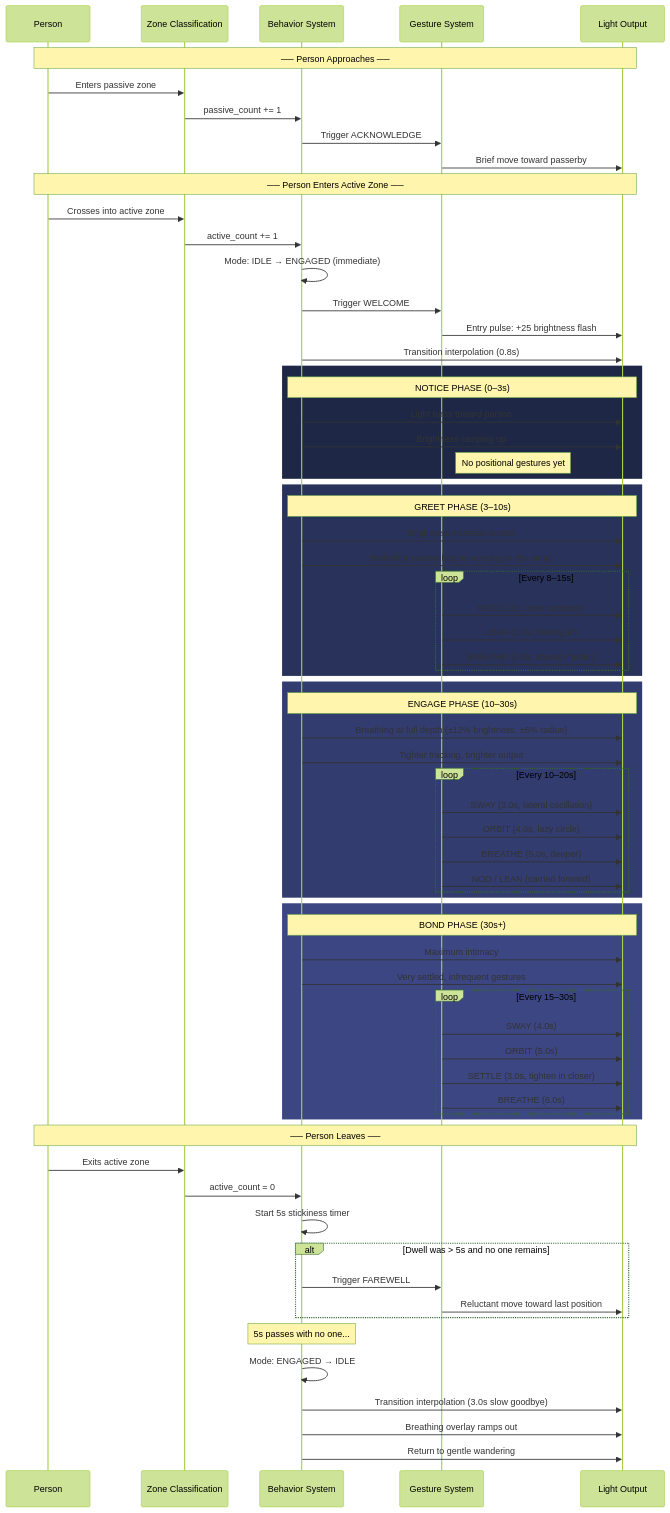
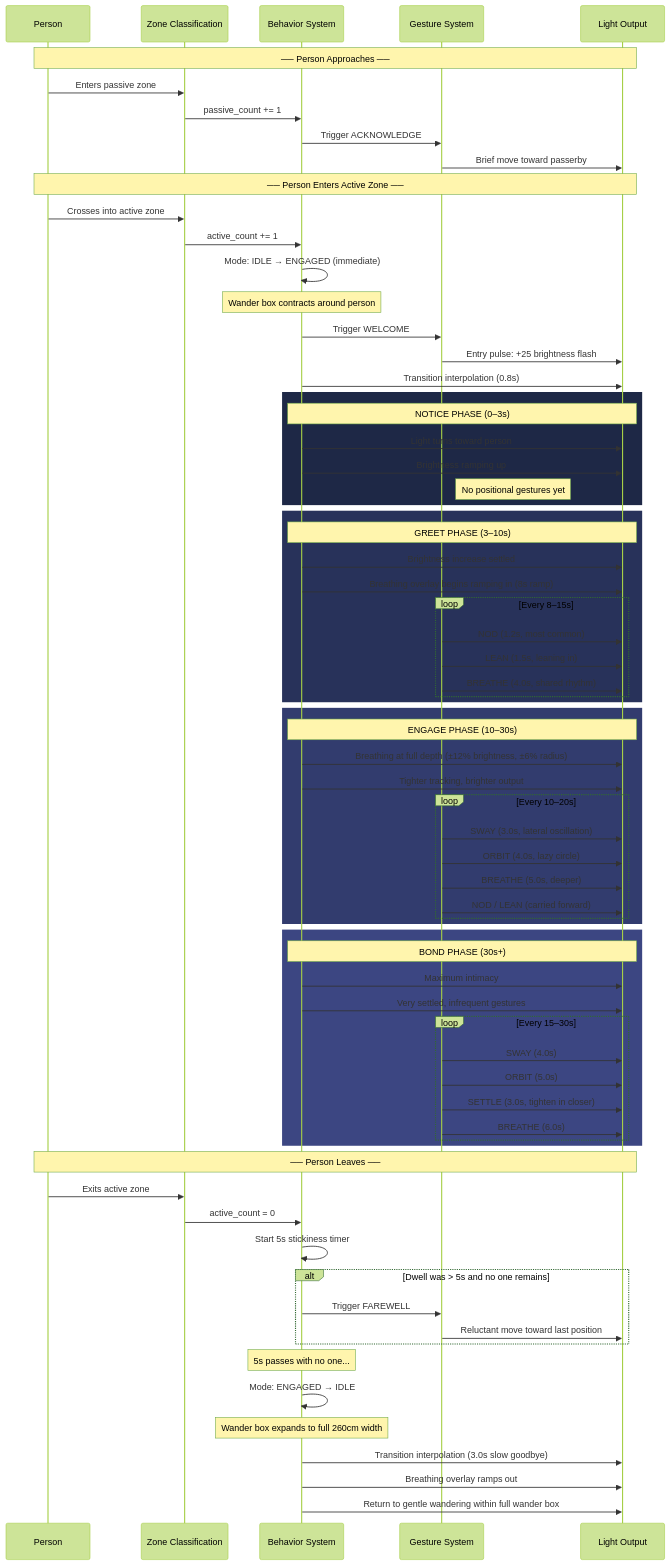
Before and after one commit to npuckett/dc-dev: the ninth of 18 diagrams in IO/BEHAVIOR_DIAGRAMS.md, drawn with Mermaid (forest theme). The commit also changed other lines of this file and 1 other file, not shown here.

Commit message:
wander update

````diff
--- a/IO/BEHAVIOR_DIAGRAMS.md
+++ b/IO/BEHAVIOR_DIAGRAMS.md
@@ -801,6 +807,7 @@
     P->>Z: Crosses into active zone
     Z->>B: active_count += 1
     B->>B: Mode: IDLE → ENGAGED (immediate)
+    Note over B: Wander box contracts around person
     B->>G: Trigger WELCOME
     G->>L: Entry pulse: +25 brightness flash
     B->>L: Transition interpolation (0.8s)
@@ -860,7 +867,8 @@
 
     Note over B: 5s passes with no one...
     B->>B: Mode: ENGAGED → IDLE
+    Note over B: Wander box expands to full 260cm width
     B->>L: Transition interpolation (3.0s slow goodbye)
     B->>L: Breathing overlay ramps out
-    B->>L: Return to gentle wandering
+    B->>L: Return to gentle wandering within full wander box
 ```
````
